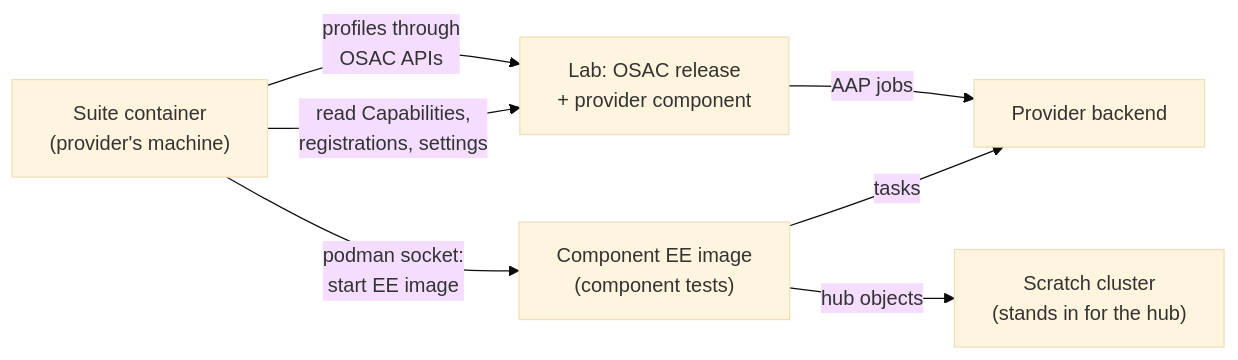
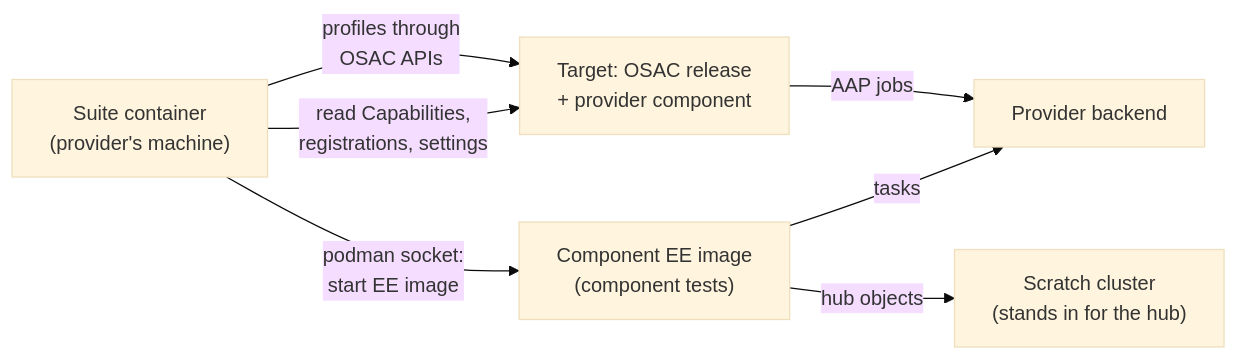
Before and after one commit to osac-project/enhancement-proposals: the first of 2 diagrams in enhancements/OSAC-7068-conformance-suite/design.md, drawn with Mermaid (base theme). The commit also changed other lines of this file and 4 other files, not shown here.

First line of the commit message:
OSAC-7068: rename lab to target and area to domain

````diff
--- a/enhancements/OSAC-7068-conformance-suite/design.md
+++ b/enhancements/OSAC-7068-conformance-suite/design.md
@@ -72,10 +72,10 @@
 ```mermaid
 flowchart LR
     Runner["Suite container<br/>(provider's machine)"]
     Runner -->|"podman socket:<br/>start EE image"| EE["Component EE image<br/>(component tests)"]
     EE -->|"tasks"| Backend["Provider backend"]
     EE -->|"hub objects"| Scratch["Scratch cluster<br/>(stands in for the hub)"]
-    Runner -->|"read Capabilities,<br/>registrations, settings"| Lab["Lab: OSAC release<br/>+ provider component"]
-    Runner -->|"profiles through<br/>OSAC APIs"| Lab
-    Lab -->|"AAP jobs"| Backend
+    Runner -->|"read Capabilities,<br/>registrations, settings"| Target["Target: OSAC release<br/>+ provider component"]
+    Runner -->|"profiles through<br/>OSAC APIs"| Target
+    Target -->|"AAP jobs"| Backend
 ```
````
